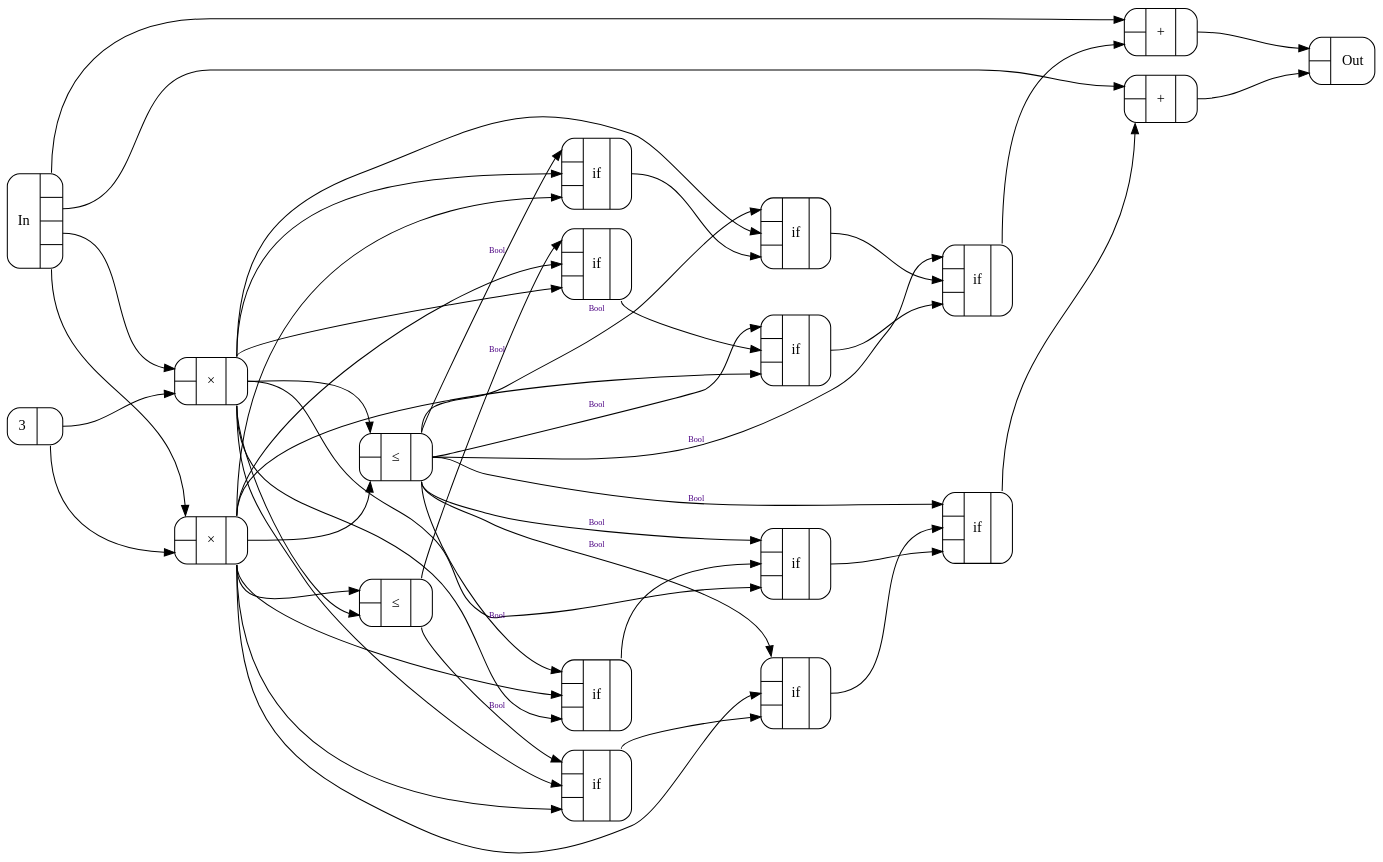
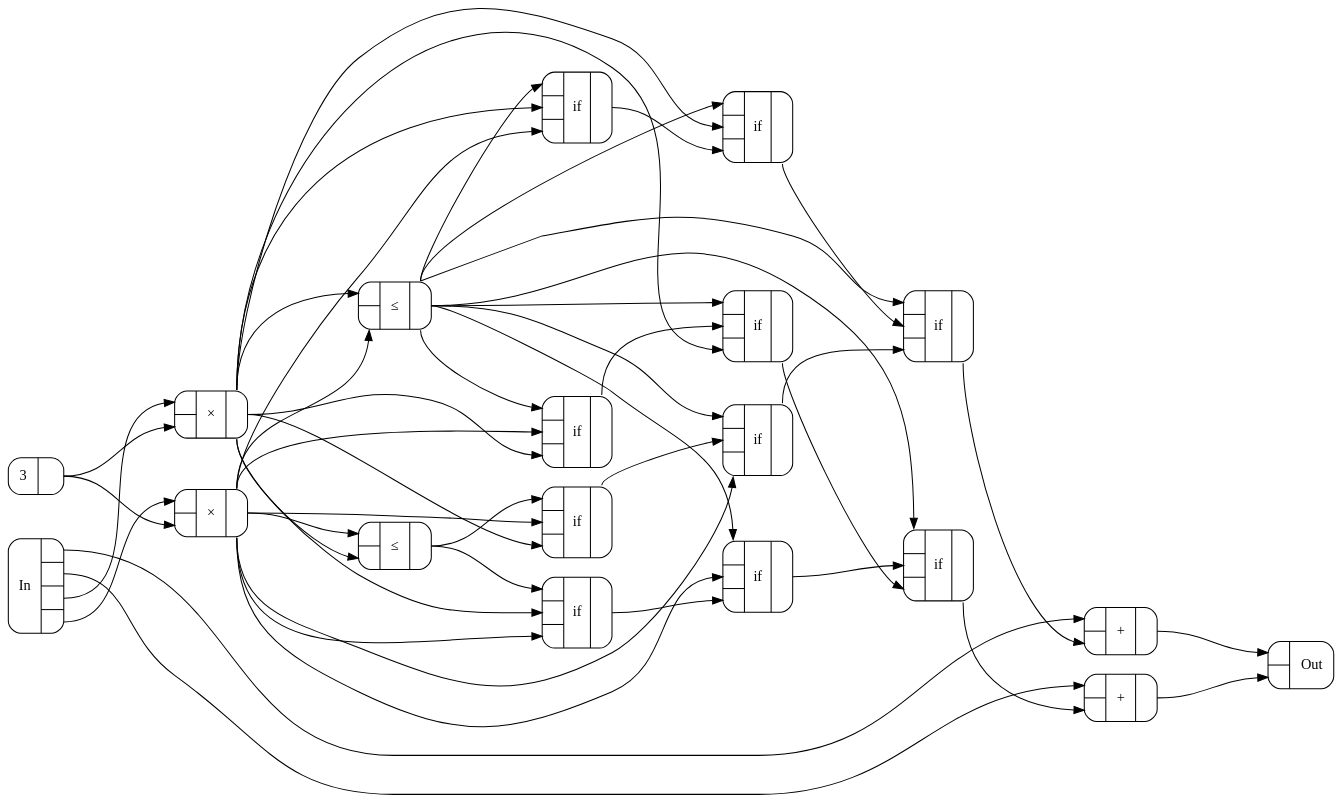
Before and after one commit to conal/2017-talk-teaching-new-tricks-to-old-programs: the diagram in Figures/xp3y-iv.dot, drawn with Graphviz.

```diff
--- a/Figures/xp3y-iv.dot
+++ b/Figures/xp3y-iv.dot
@@ -1,73 +1,73 @@
 digraph xp3y_iv {
   margin=0
   compound=true
   rankdir=LR
   node [shape=Mrecord]
   edge [fontsize=8,fontcolor=indigo]
   bgcolor=transparent
   nslimit=20
   ranksep=1.5
   subgraph cluster2 { label=""; color=white ; c2 [label="{{<In0>|<In1>}|\×|{<Out0>}}"] }
   subgraph cluster3 { label=""; color=white ; c3 [label="{{<In0>|<In1>}|\×|{<Out0>}}"] }
   subgraph cluster83 { label=""; color=white ; c83 [label="{{<In0>|<In1>}|+|{<Out0>}}"] }
   subgraph cluster84 { label=""; color=white ; c84 [label="{{<In0>|<In1>}|+|{<Out0>}}"] }
   subgraph cluster1 { label=""; color=white ; c1 [label="{3|{<Out0>}}"] }
   subgraph cluster37 { label=""; color=white ; c37 [label="{{<In0>|<In1>}|\≤|{<Out0>}}"] }
   subgraph cluster41 { label=""; color=white ; c41 [label="{{<In0>|<In1>}|\≤|{<Out0>}}"] }
   subgraph cluster0 { label=""; color=white ; c0 [label="{In|{<Out0>|<Out1>|<Out2>|<Out3>}}"] }
   subgraph cluster85 { label=""; color=white ; c85 [label="{{<In0>|<In1>}|Out}"] }
   subgraph cluster39 { label=""; color=white ; c39 [label="{{<In0>|<In1>|<In2>}|if|{<Out0>}}"] }
   subgraph cluster40 { label=""; color=white ; c40 [label="{{<In0>|<In1>|<In2>}|if|{<Out0>}}"] }
   subgraph cluster80 { label=""; color=white ; c80 [label="{{<In0>|<In1>|<In2>}|if|{<Out0>}}"] }
   subgraph cluster79 { label=""; color=white ; c79 [label="{{<In0>|<In1>|<In2>}|if|{<Out0>}}"] }
   subgraph cluster44 { label=""; color=white ; c44 [label="{{<In0>|<In1>|<In2>}|if|{<Out0>}}"] }
   subgraph cluster43 { label=""; color=white ; c43 [label="{{<In0>|<In1>|<In2>}|if|{<Out0>}}"] }
   subgraph cluster82 { label=""; color=white ; c82 [label="{{<In0>|<In1>|<In2>}|if|{<Out0>}}"] }
   subgraph cluster81 { label=""; color=white ; c81 [label="{{<In0>|<In1>|<In2>}|if|{<Out0>}}"] }
   subgraph cluster78 { label=""; color=white ; c78 [label="{{<In0>|<In1>|<In2>}|if|{<Out0>}}"] }
   subgraph cluster42 { label=""; color=white ; c42 [label="{{<In0>|<In1>|<In2>}|if|{<Out0>}}"] }
   c0:Out2 -> c2:In0
   c1:Out0 -> c2:In1
   c0:Out3 -> c3:In0
   c1:Out0 -> c3:In1
   c0:Out0 -> c83:In0
   c44:Out0 -> c83:In1
   c0:Out1 -> c84:In0
   c82:Out0 -> c84:In1
   c2:Out0 -> c37:In0
   c3:Out0 -> c37:In1
   c3:Out0 -> c41:In0
   c2:Out0 -> c41:In1
   c83:Out0 -> c85:In0
   c84:Out0 -> c85:In1
-  c37:Out0 -> c39:In0 [label="Bool"]
+  c37:Out0 -> c39:In0 [llabel="Bool"]
   c2:Out0 -> c39:In1
   c3:Out0 -> c39:In2
-  c37:Out0 -> c40:In0 [label="Bool"]
+  c37:Out0 -> c40:In0 [llabel="Bool"]
   c2:Out0 -> c40:In1
   c39:Out0 -> c40:In2
-  c37:Out0 -> c80:In0 [label="Bool"]
+  c37:Out0 -> c80:In0 [llabel="Bool"]
   c3:Out0 -> c80:In1
   c2:Out0 -> c80:In2
-  c37:Out0 -> c79:In0 [label="Bool"]
+  c37:Out0 -> c79:In0 [llabel="Bool"]
   c3:Out0 -> c79:In1
   c78:Out0 -> c79:In2
-  c37:Out0 -> c44:In0 [label="Bool"]
+  c37:Out0 -> c44:In0 [llabel="Bool"]
   c40:Out0 -> c44:In1
   c43:Out0 -> c44:In2
-  c37:Out0 -> c43:In0 [label="Bool"]
+  c37:Out0 -> c43:In0 [llabel="Bool"]
   c42:Out0 -> c43:In1
   c3:Out0 -> c43:In2
-  c37:Out0 -> c82:In0 [label="Bool"]
+  c37:Out0 -> c82:In0 [llabel="Bool"]
   c79:Out0 -> c82:In1
   c81:Out0 -> c82:In2
-  c37:Out0 -> c81:In0 [label="Bool"]
+  c37:Out0 -> c81:In0 [llabel="Bool"]
   c80:Out0 -> c81:In1
   c2:Out0 -> c81:In2
-  c41:Out0 -> c78:In0 [label="Bool"]
+  c41:Out0 -> c78:In0 [llabel="Bool"]
   c2:Out0 -> c78:In1
   c3:Out0 -> c78:In2
-  c41:Out0 -> c42:In0 [label="Bool"]
+  c41:Out0 -> c42:In0 [llabel="Bool"]
   c3:Out0 -> c42:In1
   c2:Out0 -> c42:In2
 }
```
